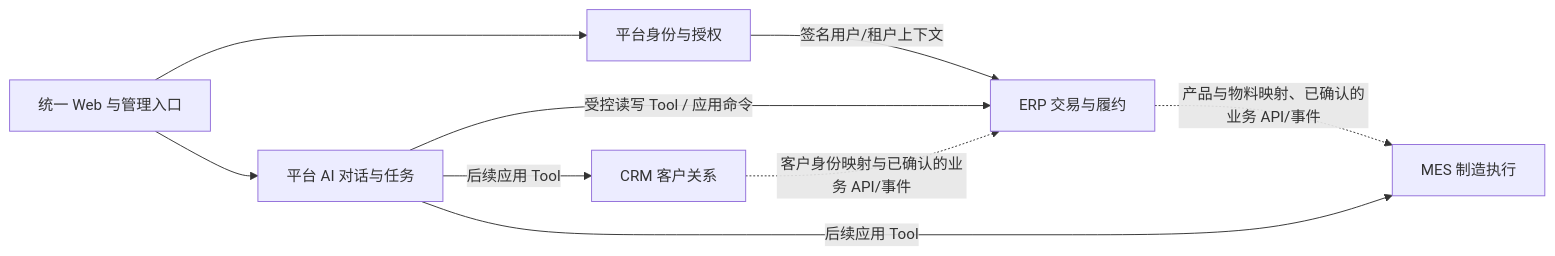
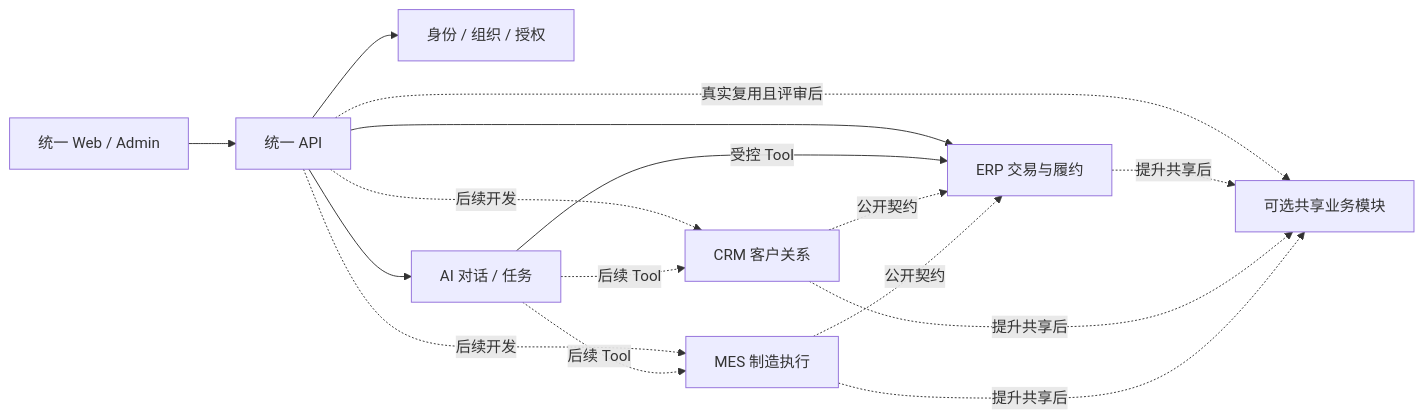
The diagram in docs/12-领域边界与协作契约.md (geyaovip/enterprise-ai-platform), drawn with Mermaid before and after one commit. The commit also changed other lines of this file and 94 other files, not shown here.

````diff
--- a/docs/12-领域边界与协作契约.md
+++ b/docs/12-领域边界与协作契约.md
@@ -7,11 +7,18 @@
 ```mermaid
 flowchart LR
-    UI[统一 Web 与管理入口] --> IAM[平台身份与授权]
-    UI --> AI[平台 AI 对话与任务]
-    IAM -->|签名用户/租户上下文| ERP[ERP 交易与履约]
-    AI -->|受控读写 Tool / 应用命令| ERP
-    AI -->|后续应用 Tool| CRM[CRM 客户关系]
-    AI -->|后续应用 Tool| MES[MES 制造执行]
-    CRM -.->|客户身份映射与已确认的业务 API/事件| ERP
-    ERP -.->|产品与物料映射、已确认的业务 API/事件| MES
+    UI[统一 Web / Admin] --> API[统一 API]
+    API --> IAM[身份 / 组织 / 授权]
+    API --> AI[AI 对话 / 任务]
+    API -. 真实复用且评审后 .-> MD[可选共享业务模块]
+    API --> ERP[ERP 交易与履约]
+    API -. 后续开发 .-> CRM[CRM 客户关系]
+    API -. 后续开发 .-> MES[MES 制造执行]
+    AI -->|受控 Tool| ERP
+    AI -. 后续 Tool .-> CRM
+    AI -. 后续 Tool .-> MES
+    CRM -. 公开契约 .-> ERP
+    MES -. 公开契约 .-> ERP
+    ERP -. 提升共享后 .-> MD
+    CRM -. 提升共享后 .-> MD
+    MES -. 提升共享后 .-> MD
 ```
````
